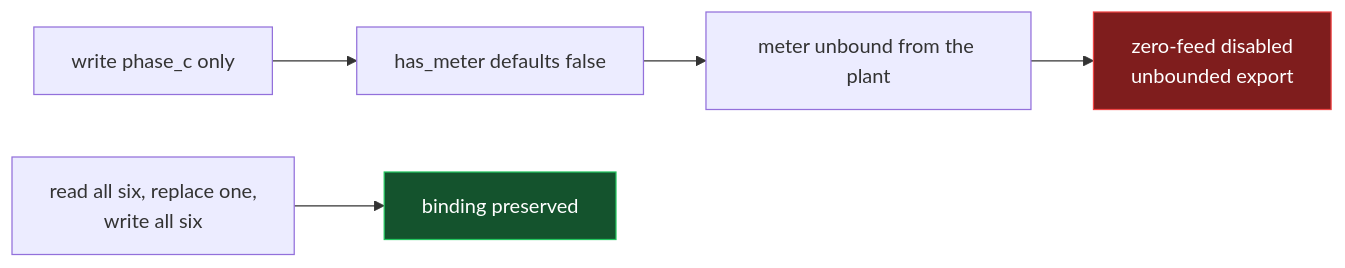
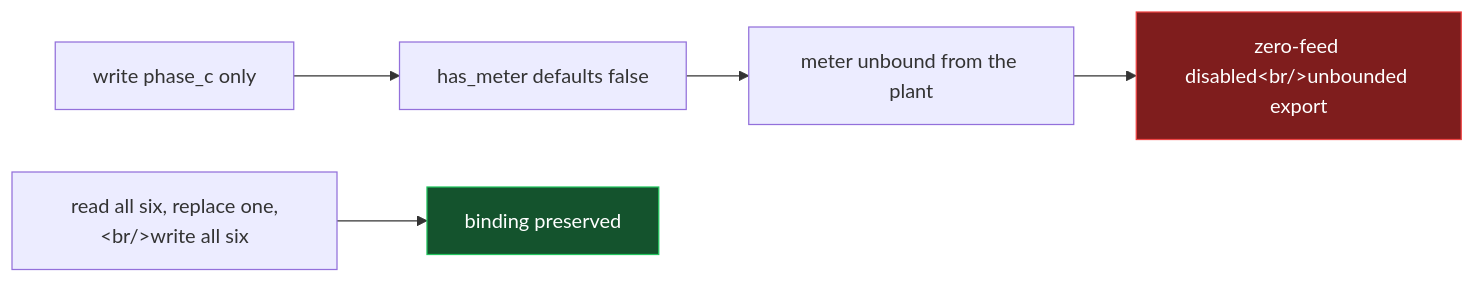
Before and after one commit to phoinixgrr/mastori: diagram 12 of 17 in content/posts/ecoflow-zero-export-ble-meter-injection/index.md, drawn with Mermaid. The commit also changed other lines of this file, not shown here.

First line of the commit message:
Escape <br/> and <<enumeration>> inside mermaid blocks

```diff
--- a/content/posts/ecoflow-zero-export-ble-meter-injection/index.md
+++ b/content/posts/ecoflow-zero-export-ble-meter-injection/index.md
@@ -404,10 +404,10 @@
 {{< mermaid >}}
 flowchart LR
     A["write phase_c only"] --> B["has_meter defaults false"]
     B --> C["meter unbound from the plant"]
-    C --> D["zero-feed disabled<br/>unbounded export"]
-    E["read all six, replace one,<br/>write all six"] --> F["binding preserved"]
+    C --> D["zero-feed disabled&lt;br/&gt;unbounded export"]
+    E["read all six, replace one,&lt;br/&gt;write all six"] --> F["binding preserved"]
 
     style D fill:#7f1d1d,stroke:#ef4444,color:#fff
     style F fill:#14532d,stroke:#22c55e,color:#fff
 {{< /mermaid >}}
```
